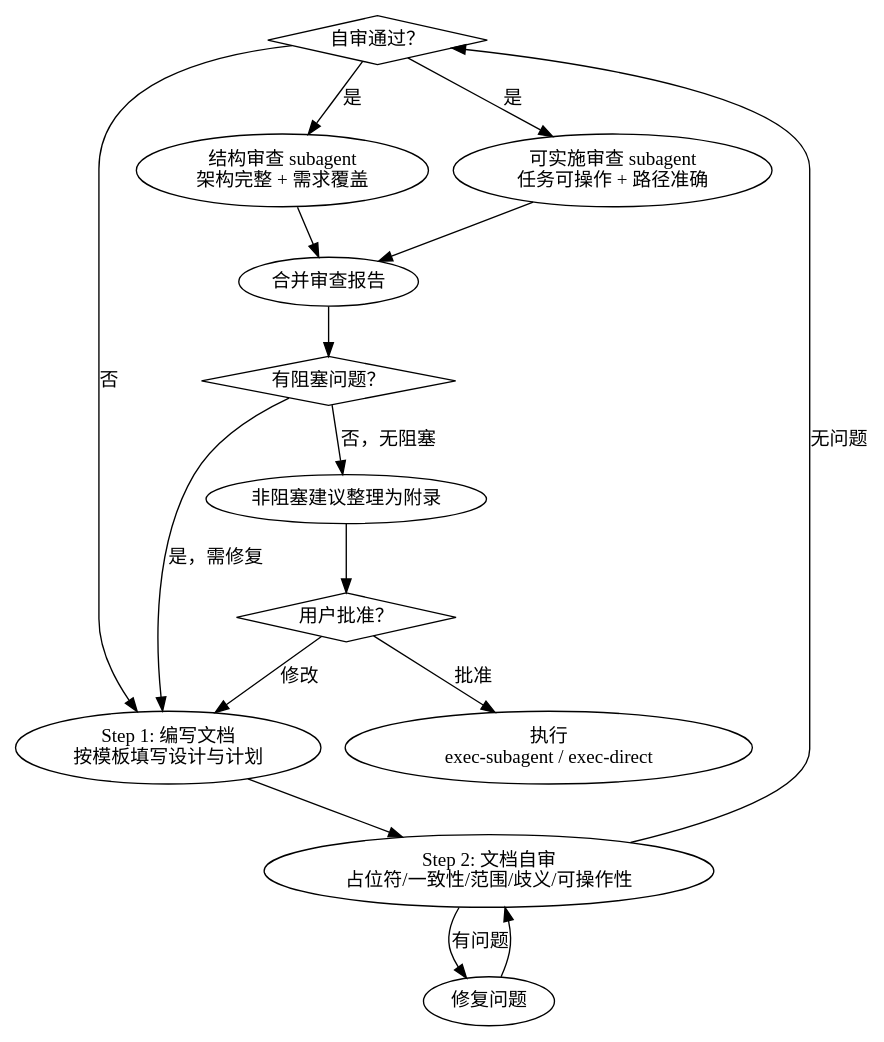
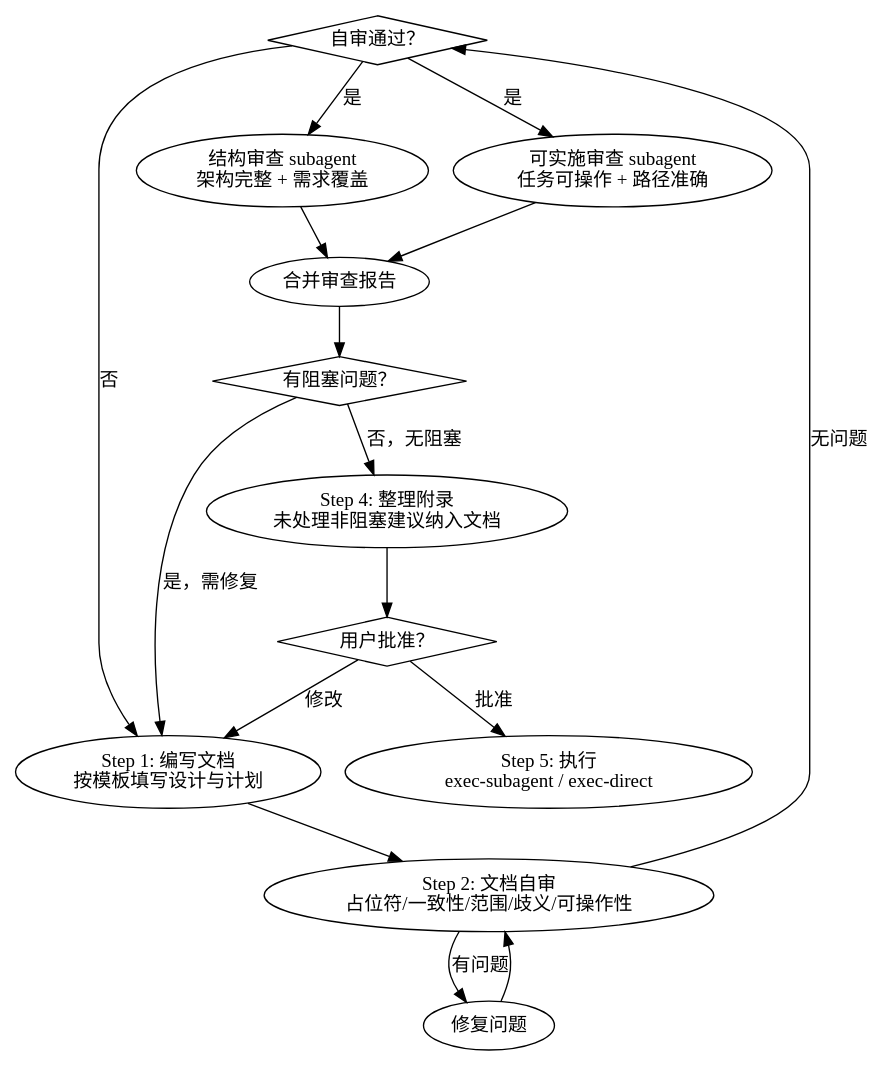
One commit to brightmeows/dotfiles changed the diagram in dot_agents_meow/skills/brainstorming-blueprint/SKILL.md. Above: the diagram before and after it, drawn with Graphviz. The commit also changed other lines of this file, not shown here.

First line of the commit message:
refactor(blueprint): extract appendix collation from Step 3 to Step 4

````diff
--- a/dot_agents_meow/skills/brainstorming-blueprint/SKILL.md
+++ b/dot_agents_meow/skills/brainstorming-blueprint/SKILL.md
@@ -16,32 +16,32 @@
 ```dot
 digraph blueprint {
     ok    [shape=diamond, label="自审通过？"];
     block [shape=diamond, label="有阻塞问题？"];
     user  [shape=diamond, label="用户批准？"];
 
     write [label="Step 1: 编写文档\n按模板填写设计与计划"];
     self  [label="Step 2: 文档自审\n占位符/一致性/范围/歧义/可操作性"];
     fix   [label="修复问题"];
     sr    [label="结构审查 subagent\n架构完整 + 需求覆盖"];
     rr    [label="可实施审查 subagent\n任务可操作 + 路径准确"];
     merge [label="合并审查报告"];
-    exec  [label="执行\nexec-subagent / exec-direct"];
-    upd   [label="非阻塞建议整理为附录"];
+    apdx  [label="Step 4: 整理附录\n未处理非阻塞建议纳入文档"];
+    exec  [label="Step 5: 执行\nexec-subagent / exec-direct"];
 
     write -> self;
     self  -> fix  [label="有问题"];
     self  -> ok   [label="无问题"];
     fix   -> self;
     ok    -> write [label="否"];
     ok    -> sr    [label="是"];
     ok    -> rr    [label="是"];
     sr    -> merge;
     rr    -> merge;
     merge -> block;
     block -> write [label="是，需修复"];
-    block -> upd   [label="否，无阻塞"];
-    upd   -> user;
+    block -> apdx [label="否，无阻塞"];
+    apdx  -> user;
     user  -> write [label="修改"];
     user  -> exec  [label="批准"];
 }
 ```
````
